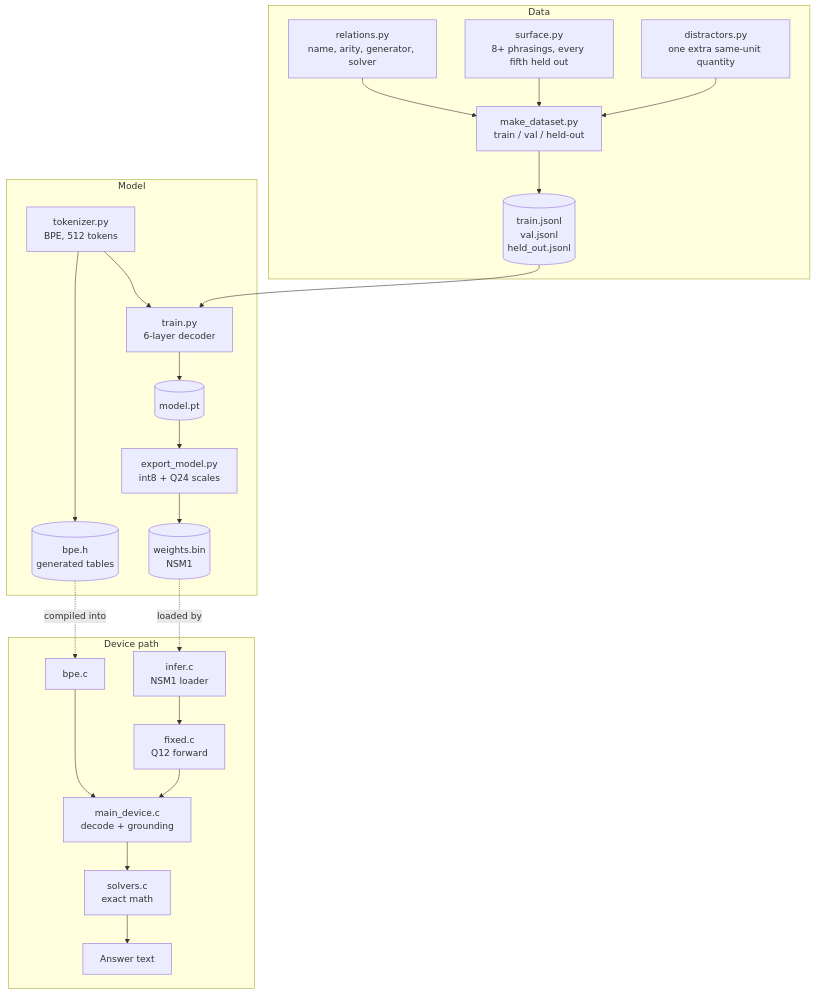
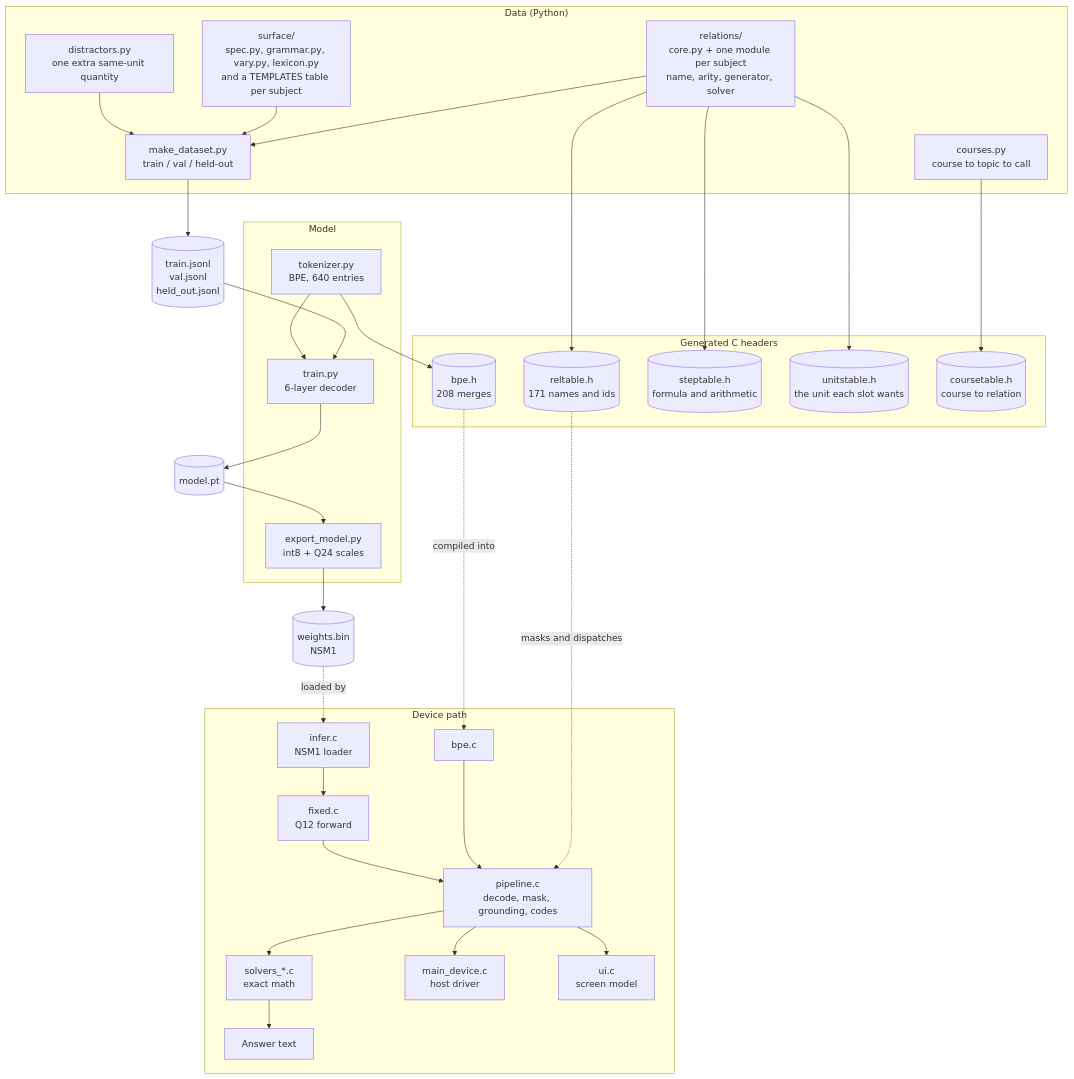
One commit to exterminatorrat/NdlessAI changed the first of 2 diagrams in docs/architecture.md. Above: the diagram before and after it, drawn with Mermaid. The commit also changed other lines of this file and 1 other file, not shown here.

````diff
--- a/docs/architecture.md
+++ b/docs/architecture.md
@@ -15,40 +15,64 @@
 ```mermaid
 flowchart TB
-  subgraph data["Data"]
-    Rel["relations.py<br/>name, arity, generator, solver"]
-    Surf["surface.py<br/>8+ phrasings, every fifth held out"]
+  subgraph data["Data (Python)"]
+    Rel["relations/<br/>core.py + one module per subject<br/>name, arity, generator, solver"]
+    Surf["surface/<br/>spec.py, grammar.py, vary.py, lexicon.py<br/>and a TEMPLATES table per subject"]
     Dist["distractors.py<br/>one extra same-unit quantity"]
     Build["make_dataset.py<br/>train / val / held-out"]
-    Rel --> Build
-    Surf --> Build
-    Dist --> Build
-    Build --> Traces[("train.jsonl<br/>val.jsonl<br/>held_out.jsonl")]
+    Crs["courses.py<br/>course to topic to call"]
   end
 
   subgraph model["Model"]
-    Tok["tokenizer.py<br/>BPE, 512 tokens"]
+    Tok["tokenizer.py<br/>BPE, 640 entries"]
     Train["train.py<br/>6-layer decoder"]
     Quant["export_model.py<br/>int8 + Q24 scales"]
-    Traces --> Train
-    Tok --> Train
-    Train --> Ckpt[("model.pt")]
-    Ckpt --> Quant
-    Quant --> Weights[("weights.bin<br/>NSM1")]
-    Tok --> Header[("bpe.h<br/>generated tables")]
+  end
+
+  subgraph generated["Generated C headers"]
+    Header[("bpe.h<br/>208 merges")]
+    RT[("reltable.h<br/>171 names and ids")]
+    ST[("steptable.h<br/>formula and arithmetic")]
+    UT[("unitstable.h<br/>the unit each slot wants")]
+    CT[("coursetable.h<br/>course to relation")]
   end
 
   subgraph device["Device path"]
     BPE["bpe.c"]
     Fixed["fixed.c<br/>Q12 forward"]
     Inference["infer.c<br/>NSM1 loader"]
-    Main["main_device.c<br/>decode + grounding"]
-    Solvers["solvers.c<br/>exact math"]
-    Header -. compiled into .-> BPE
-    Weights -. loaded by .-> Inference
-    BPE --> Main
-    Inference --> Fixed
-    Fixed --> Main
-    Main --> Solvers
-    Solvers --> Answer["Answer text"]
+    Pipe["pipeline.c<br/>decode, mask, grounding, codes"]
+    Solvers["solvers_*.c<br/>exact math"]
+    Main["main_device.c<br/>host driver"]
+    UI["ui.c<br/>screen model"]
+    Answer["Answer text"]
   end
+
+  Traces[("train.jsonl<br/>val.jsonl<br/>held_out.jsonl")]
+  Ckpt[("model.pt")]
+  Weights[("weights.bin<br/>NSM1")]
+
+  Rel --> Build
+  Surf --> Build
+  Dist --> Build
+  Build --> Traces
+  Traces --> Train
+  Tok --> Train
+  Tok --> Header
+  Train --> Ckpt
+  Ckpt --> Quant
+  Quant --> Weights
+  Rel --> RT
+  Rel --> ST
+  Rel --> UT
+  Crs --> CT
+  Header -. compiled into .-> BPE
+  Weights -. loaded by .-> Inference
+  RT -. masks and dispatches .-> Pipe
+  BPE --> Pipe
+  Inference --> Fixed
+  Fixed --> Pipe
+  Pipe --> Solvers
+  Pipe --> Main
+  Pipe --> UI
+  Solvers --> Answer
 ```
````
